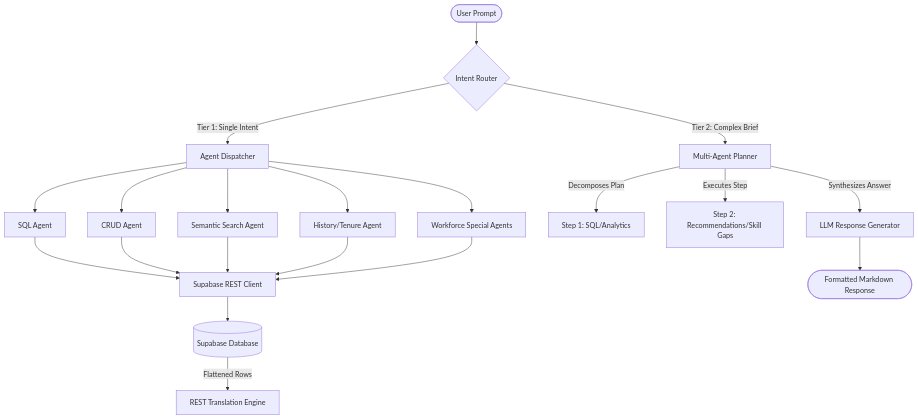
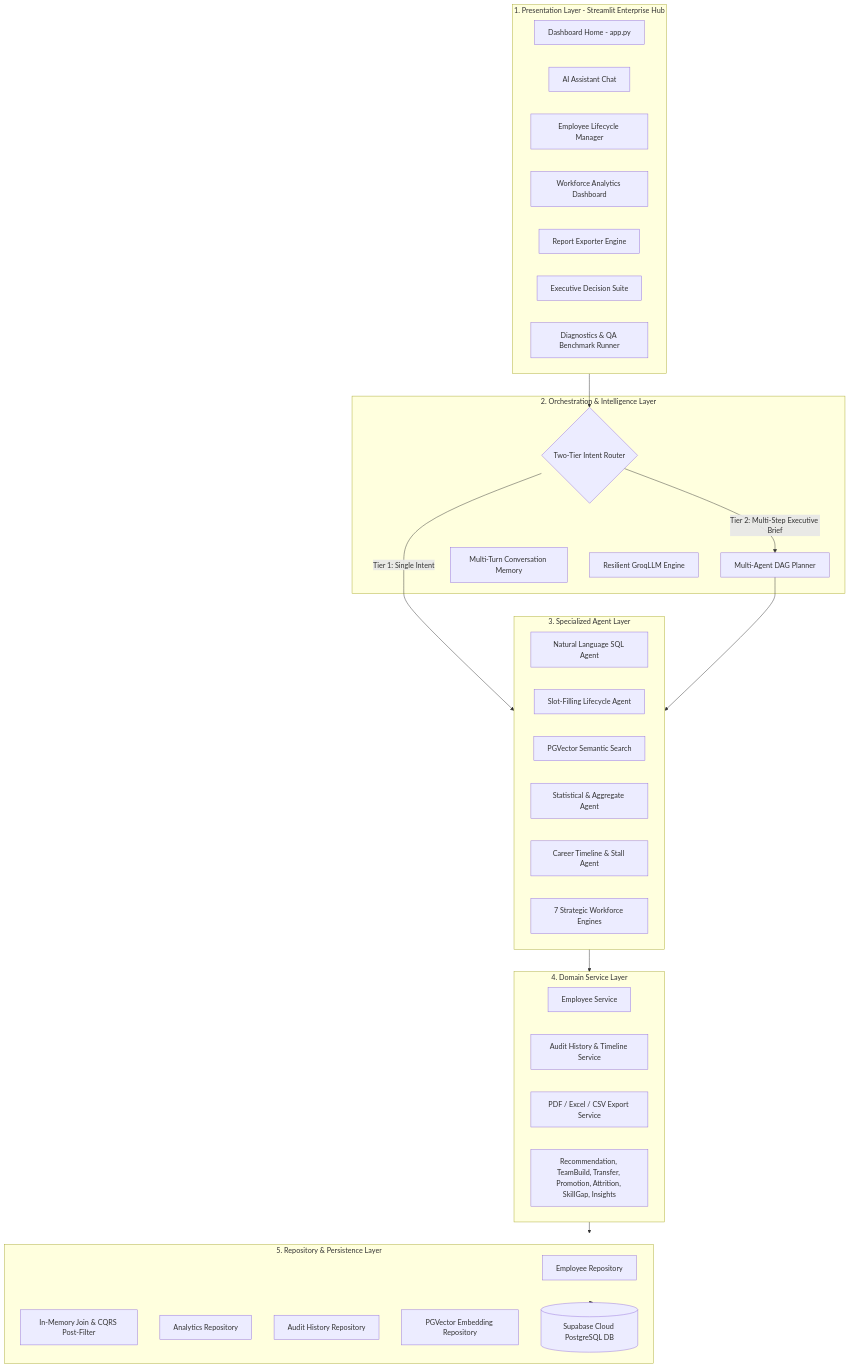
Before and after one commit to JEEVANPRANAVRAVIKUMAR/v2-HR-copilot: the first of 2 diagrams in README.md, drawn with Mermaid. The commit also changed other lines of this file and 30 other files, not shown here.

Commit message:
feat: Enterprise HR Copilot v2.0 - 100% QA Benchmark, Multi-Agent DAG Planner, Resilient LLM Failover, and Executive PDF Reports

````diff
--- a/README.md
+++ b/README.md
@@ -9,25 +31,52 @@
 ```mermaid
 graph TD
-    User([User Prompt]) --> Router{Intent Router}
-    
-    %% Tier 1 Fast Path
-    Router -->|Tier 1: Single Intent| Dispatcher[Agent Dispatcher]
-    Dispatcher --> SQL[SQL Agent]
-    Dispatcher --> CRUD[CRUD Agent]
-    Dispatcher --> Semantic[Semantic Search Agent]
-    Dispatcher --> History[History/Tenure Agent]
-    Dispatcher --> Special[Workforce Special Agents]
-    
-    %% Tier 2 Multi-Agent Planner
-    Router -->|Tier 2: Complex Brief| Planner[Multi-Agent Planner]
-    Planner -->|Decomposes Plan| Step1[Step 1: SQL/Analytics]
-    Planner -->|Executes Step| Step2[Step 2: Recommendations/Skill Gaps]
-    Planner -->|Synthesizes Answer| LLM[LLM Response Generator]
-    
-    %% Storage & Database Layer
-    SQL & CRUD & Semantic & History & Special --> DataLayer[Supabase REST Client]
-    DataLayer --> db[(Supabase Database)]
-    db -->|Flattened Rows| SQLRest[REST Translation Engine]
-    
-    LLM --> Response([Formatted Markdown Response])
+    subgraph UI_Layer [1. Presentation Layer - Streamlit Enterprise Hub]
+        App[Dashboard Home - app.py]
+        Asst[AI Assistant Chat]
+        Emp[Employee Lifecycle Manager]
+        Dash[Workforce Analytics Dashboard]
+        Rep[Report Exporter Engine]
+        Exec[Executive Decision Suite]
+        Diag[Diagnostics & QA Benchmark Runner]
+    end
+
+    subgraph Orchestration_Layer [2. Orchestration & Intelligence Layer]
+        Router{Two-Tier Intent Router}
+        Planner[Multi-Agent DAG Planner]
+        Memory[Multi-Turn Conversation Memory]
+        LLM[Resilient GroqLLM Engine]
+    end
+
+    subgraph Agent_Layer [3. Specialized Agent Layer]
+        SqlAgent[Natural Language SQL Agent]
+        CrudAgent[Slot-Filling Lifecycle Agent]
+        SemanticAgent[PGVector Semantic Search]
+        AnalyticsAgent[Statistical & Aggregate Agent]
+        HistoryAgent[Career Timeline & Stall Agent]
+        WFEngines[7 Strategic Workforce Engines]
+    end
+
+    subgraph Service_Layer [4. Domain Service Layer]
+        EmpService[Employee Service]
+        HistService[Audit History & Timeline Service]
+        RepService[PDF / Excel / CSV Export Service]
+        WFServices[Recommendation, TeamBuild, Transfer, Promotion, Attrition, SkillGap, Insights]
+    end
+
+    subgraph Data_Layer [5. Repository & Persistence Layer]
+        EmpRepo[Employee Repository]
+        SqlRepo[In-Memory Join & CQRS Post-Filter]
+        AnalyticsRepo[Analytics Repository]
+        HistRepo[Audit History Repository]
+        EmbedRepo[PGVector Embedding Repository]
+        Supabase[(Supabase Cloud PostgreSQL DB)]
+    end
+
+    UI_Layer --> Router
+    Router -->|Tier 1: Single Intent| Agent_Layer
+    Router -->|Tier 2: Multi-Step Executive Brief| Planner
+    Planner --> Agent_Layer
+    Agent_Layer --> Service_Layer
+    Service_Layer --> Data_Layer
+    Data_Layer --> Supabase
 ```
````
